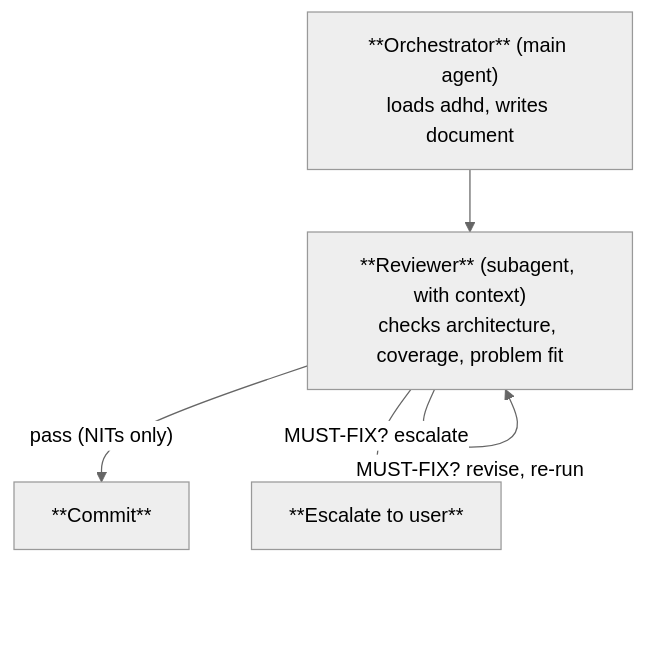
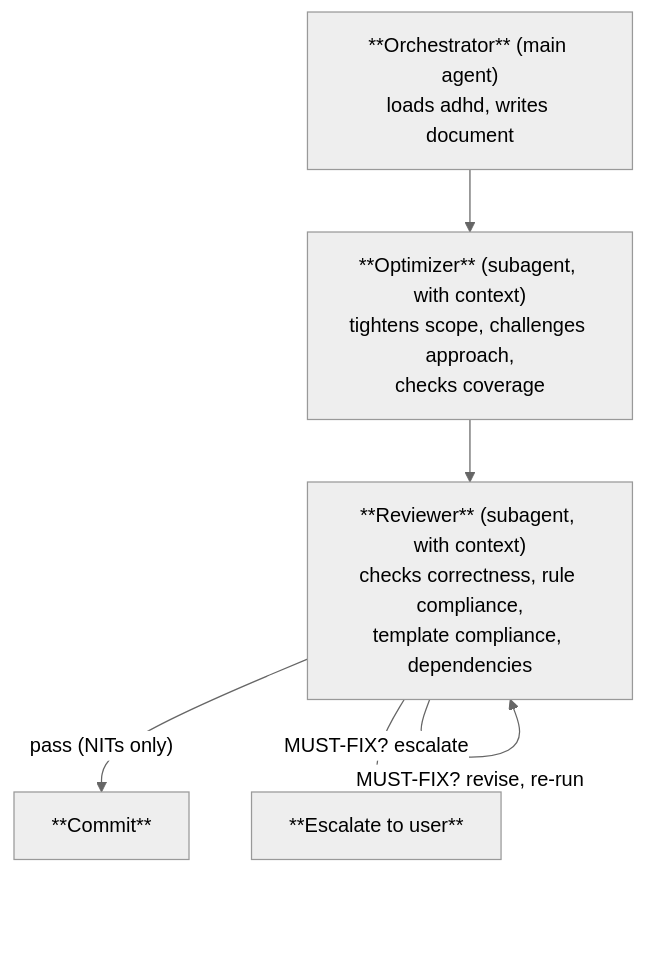
Before and after one commit to bperin/project-context: the third of 4 diagrams in README.md, drawn with Mermaid (neutral theme). The commit also changed other lines of this file and 18 other files, not shown here.

First line of the commit message:
Add optimizer-reviewer separation to workflows

````diff
--- a/README.md
+++ b/README.md
@@ -104,11 +105,13 @@
 ```mermaid
 graph TD
     WRITE["**Orchestrator** (main agent)<br/>loads adhd, writes document"]
-    REVIEW["**Reviewer** (subagent, with context)<br/>checks architecture, coverage, problem fit"]
+    OPT["**Optimizer** (subagent, with context)<br/>tightens scope, challenges approach,<br/>checks coverage"]
+    REVIEW["**Reviewer** (subagent, with context)<br/>checks correctness, rule compliance,<br/>template compliance, dependencies"]
     COMMIT["**Commit**"]
 
-    WRITE --> REVIEW
+    WRITE --> OPT
+    OPT --> REVIEW
     REVIEW -->|"MUST-FIX? revise, re-run"| REVIEW
     REVIEW -->|"pass (NITs only)"| COMMIT
     REVIEW -->|"MUST-FIX? escalate"| USER["**Escalate to user**"]
 ```
````
